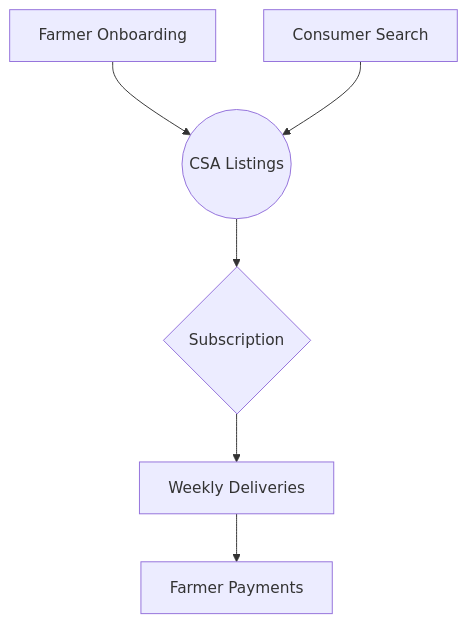
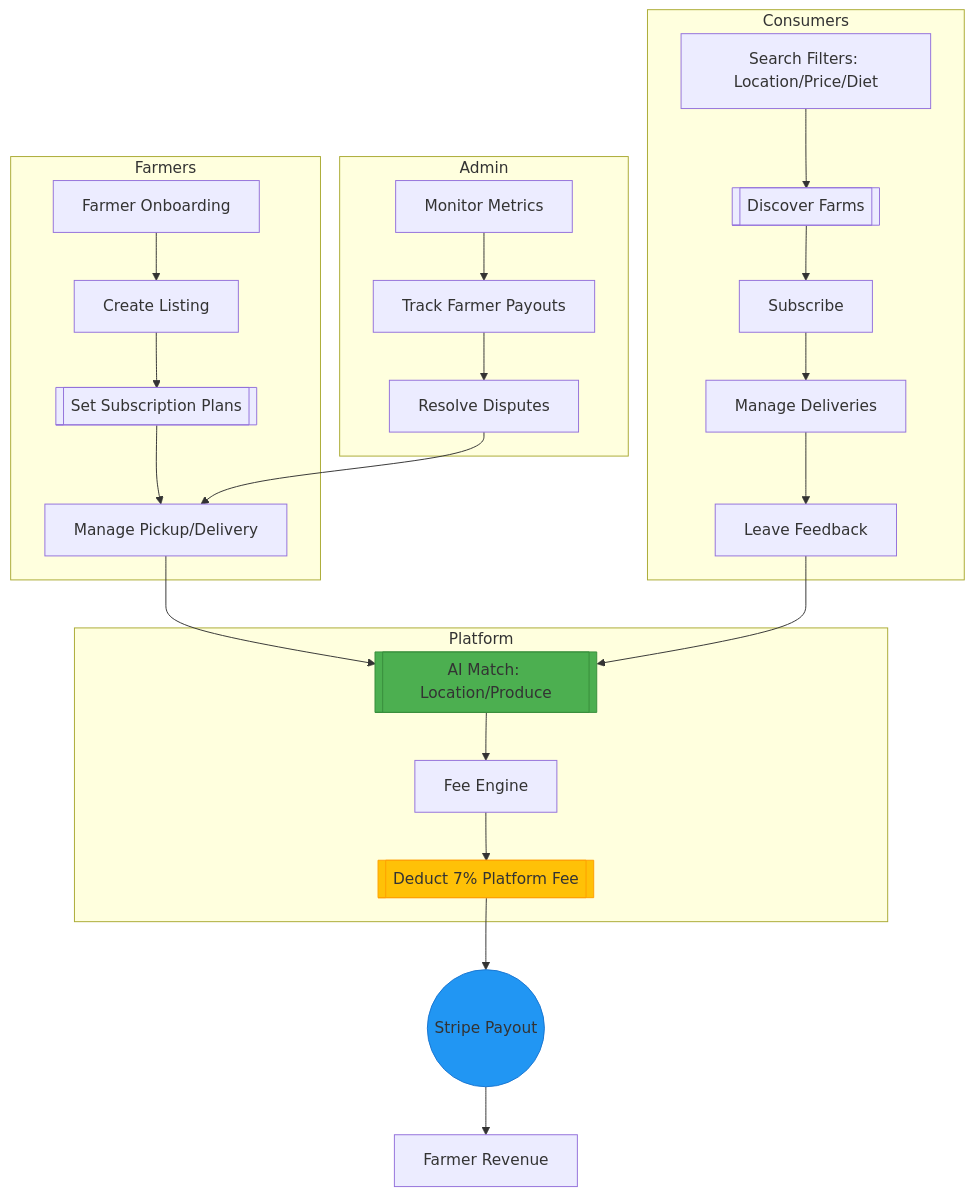
The diagram in README.md (paretoimproved/csa-marketplace), drawn with Mermaid before and after one commit. The commit also changed other lines of this file, not shown here.

Commit message:
Update Mermaid diagram in readme

````diff
--- a/README.md
+++ b/README.md
@@ -29,8 +72,35 @@
 ```mermaid
 graph TD
-  A[Farmer Onboarding] --> B((CSA Listings))
-  C[Consumer Search] --> B
-  B --> D{Subscription}
-  D --> E[Weekly Deliveries]
-  E --> F[Farmer Payments]
+  subgraph Farmers
+    A[Farmer Onboarding] --> B[Create Listing]
+    B --> C[[Set Subscription Plans]]
+    C --> D[Manage Pickup/Delivery]
+  end
+
+  subgraph Platform
+    D --> E[[AI Match: Location/Produce]]
+    E --> F[Fee Engine]
+    F --> G[[Deduct 7% Platform Fee]]
+  end
+
+  subgraph Consumers
+    H[Search Filters: Location/Price/Diet] --> I[[Discover Farms]]
+    I --> J[Subscribe]
+    J --> K[Manage Deliveries]
+    K --> L[Leave Feedback]
+  end
+
+  subgraph Admin
+    M[Monitor Metrics] --> N[Track Farmer Payouts]
+    N --> O[Resolve Disputes]
+  end
+
+  G --> P((Stripe Payout))
+  L --> E
+  O --> D
+  P --> Q[Farmer Revenue]
+
+  style E fill:#4CAF50,stroke:#388E3C
+  style G fill:#FFC107,stroke:#FFA000
+  style P fill:#2196F3,stroke:#1976D2
 ```
````
